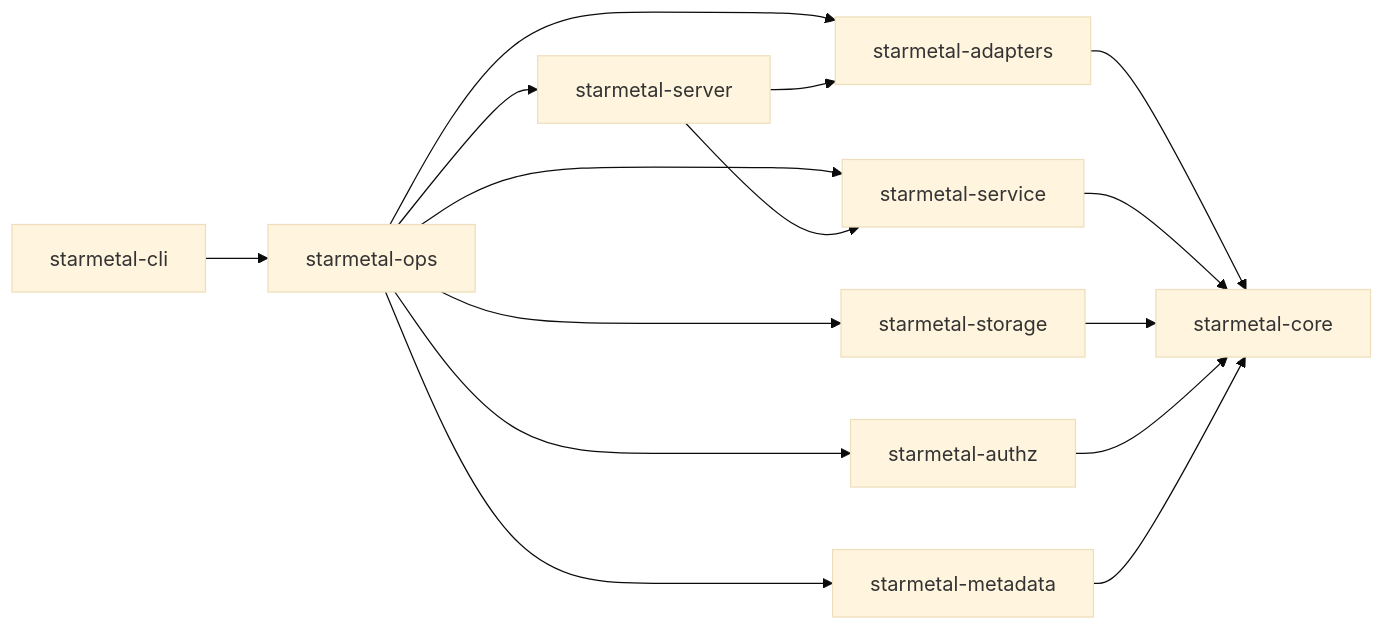
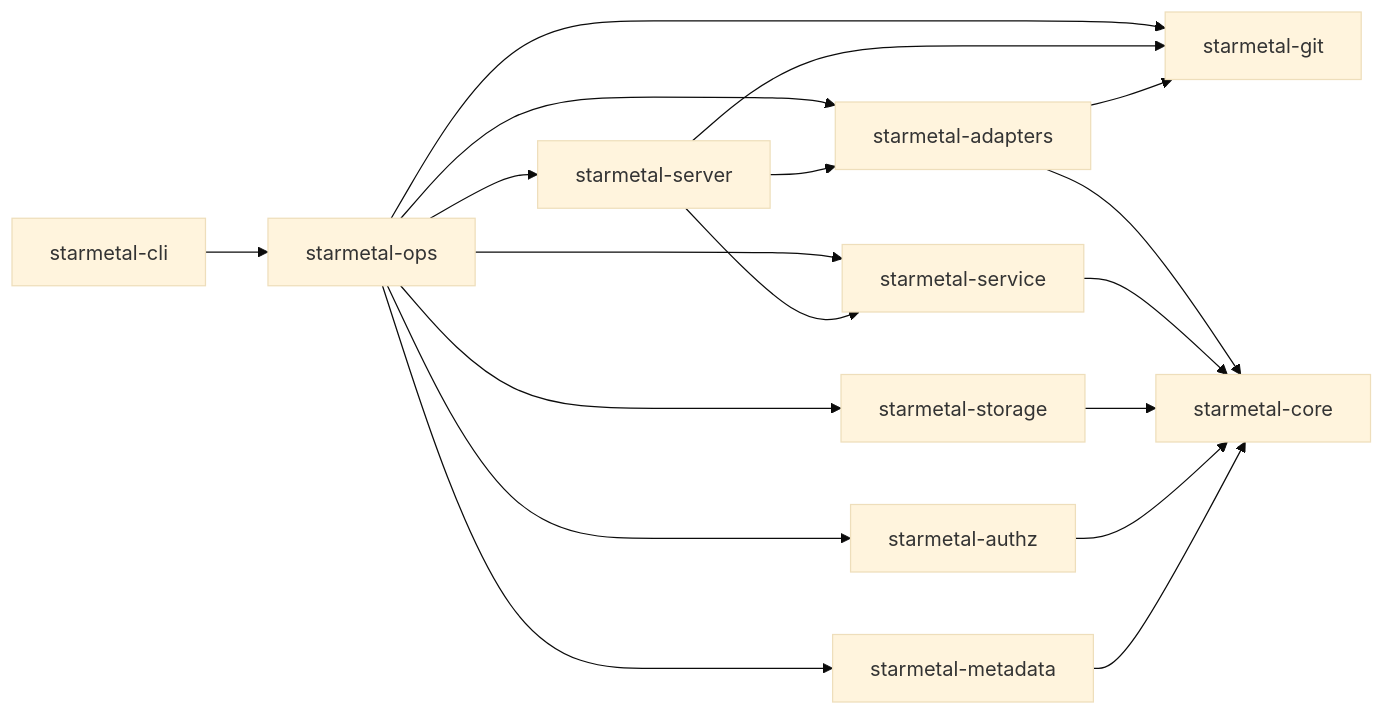
Before and after one commit to Goldziher/starmetal: the second of 3 diagrams in docs/architecture.md, drawn with Mermaid (base theme). The commit also changed other lines of this file and 3 other files, not shown here.

````diff
--- a/docs/architecture.md
+++ b/docs/architecture.md
@@ -121,17 +129,20 @@
 ```mermaid
 graph LR
     cli[starmetal-cli] --> ops[starmetal-ops]
     ops --> server[starmetal-server]
     ops --> service[starmetal-service]
     ops --> storage[starmetal-storage]
     ops --> adapters[starmetal-adapters]
     ops --> authz[starmetal-authz]
     ops --> metadata[starmetal-metadata]
+    ops --> git[starmetal-git]
     server --> adapters
     server --> service
+    server --> git
+    adapters --> git
     adapters --> core[starmetal-core]
     service --> core
     storage --> core
     authz --> core
     metadata --> core
 ```
````
